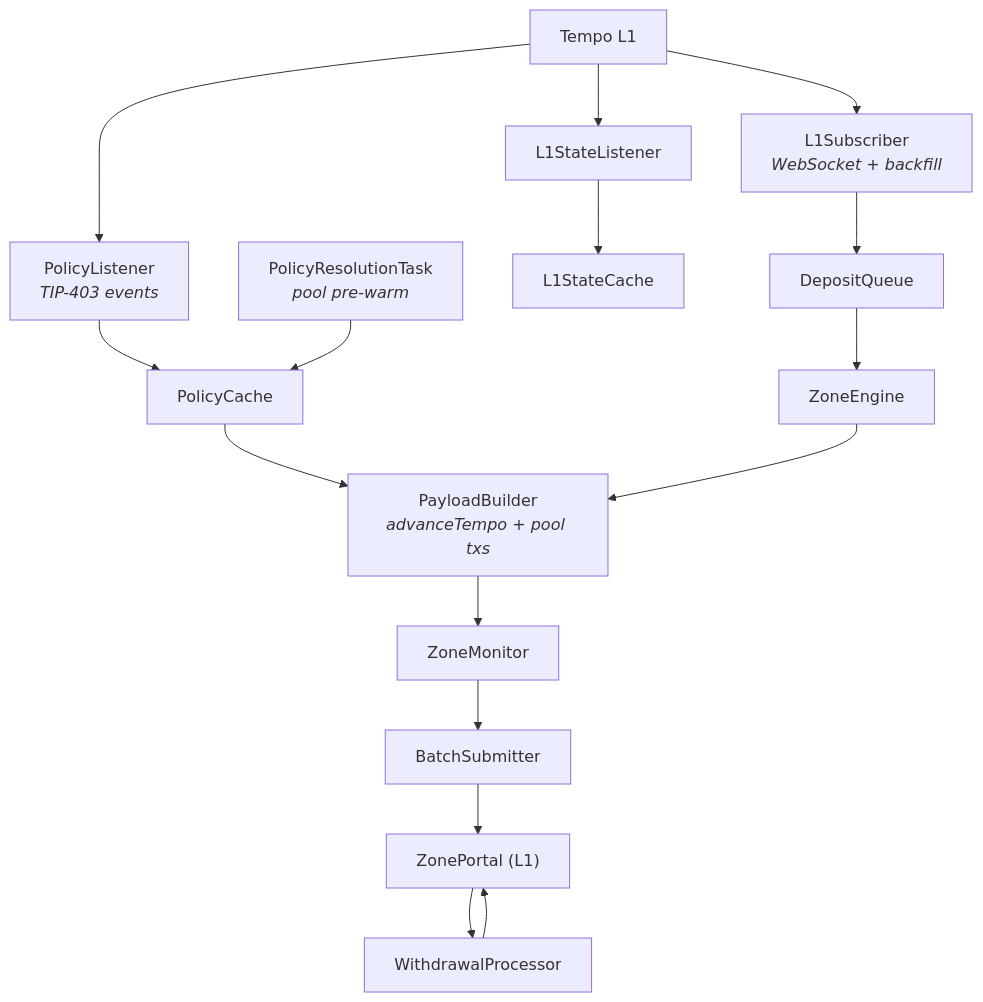
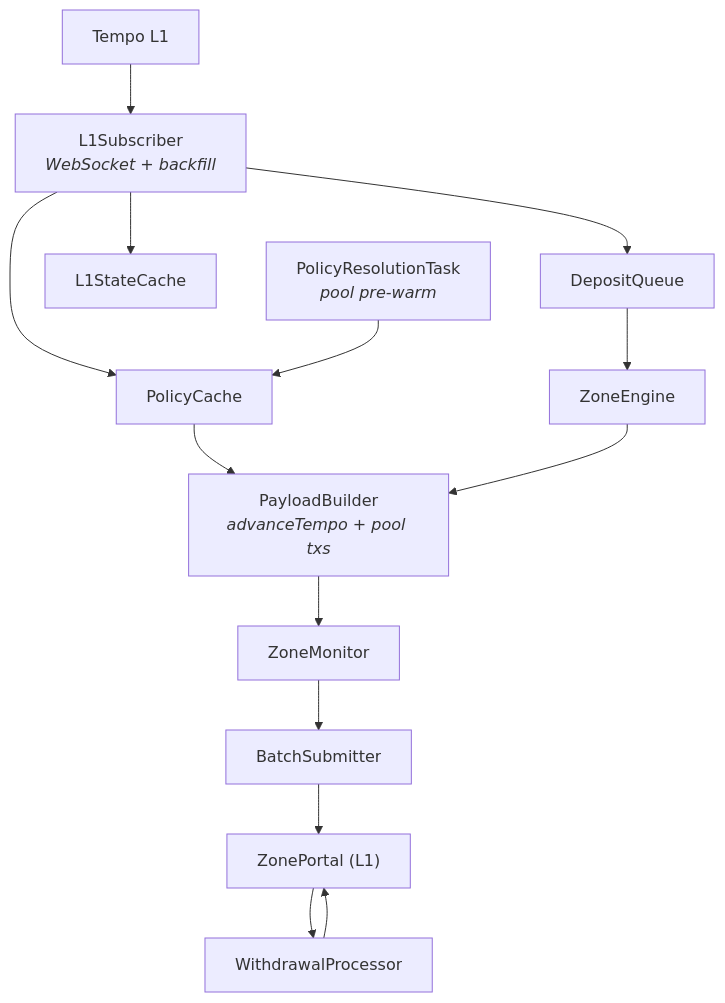
One commit to tempoxyz/zones changed the diagram in crates/tempo-zone/README.md. Above: the diagram before and after it, drawn with Mermaid. The commit also changed other lines of this file and 19 other files, not shown here.

````diff
--- a/crates/tempo-zone/README.md
+++ b/crates/tempo-zone/README.md
@@ -15,36 +15,32 @@
 ```mermaid
 graph TD
     L1["Tempo L1"]
 
     L1Sub["L1Subscriber<br/><i>WebSocket + backfill</i>"]
-    L1Listen["L1StateListener"]
-    PolicyListen["PolicyListener<br/><i>TIP-403 events</i>"]
     DQ["DepositQueue"]
     Cache["L1StateCache"]
     PolicyCache["PolicyCache"]
 
     Engine["ZoneEngine"]
     Builder["PayloadBuilder<br/><i>advanceTempo + pool txs</i>"]
     PolicyPrefetch["PolicyResolutionTask<br/><i>pool pre-warm</i>"]
 
     Monitor["ZoneMonitor"]
     Batch["BatchSubmitter"]
     WProc["WithdrawalProcessor"]
     Portal["ZonePortal (L1)"]
 
     L1 --> L1Sub
-    L1 --> L1Listen
-    L1 --> PolicyListen
     L1Sub --> DQ
-    L1Listen --> Cache
-    PolicyListen --> PolicyCache
+    L1Sub --> PolicyCache
+    L1Sub --> Cache
     PolicyCache --> Builder
     PolicyPrefetch --> PolicyCache
     DQ --> Engine
     Engine --> Builder
     Builder --> Monitor
     Monitor --> Batch
     Batch --> Portal
     Portal --> WProc
     WProc --> Portal
 ```
````
